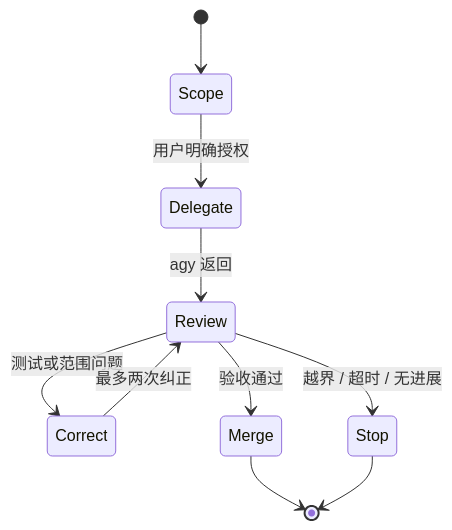
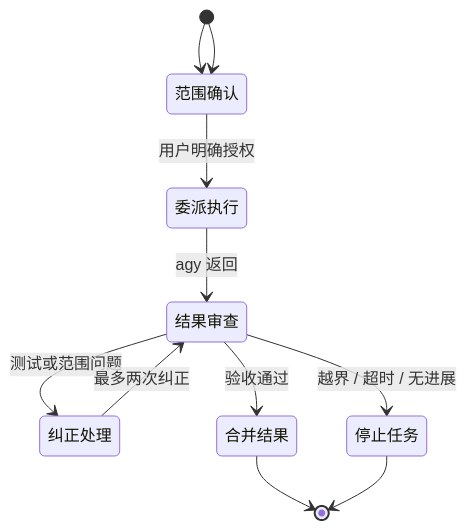
Before and after one commit to cocainejia-dev/codex-antigravity-bridge: the second of 2 diagrams in README.md, drawn with Mermaid. The commit also changed other lines of this file and 14 other files, not shown here.

````diff
--- a/README.md
+++ b/README.md
@@ -124,12 +132,19 @@
 ```mermaid
 stateDiagram-v2
+    [*] --> Scope
+    state "范围确认" as Scope
+    state "委派执行" as Delegate
+    state "结果审查" as Review
+    state "纠正处理" as Correct
+    state "合并结果" as Merge
+    state "停止任务" as Stop
     [*] --> Scope
     Scope --> Delegate: 用户明确授权
     Delegate --> Review: agy 返回
     Review --> Correct: 测试或范围问题
     Correct --> Review: 最多两次纠正
     Review --> Merge: 验收通过
     Review --> Stop: 越界 / 超时 / 无进展
     Merge --> [*]
     Stop --> [*]
 ```
````
